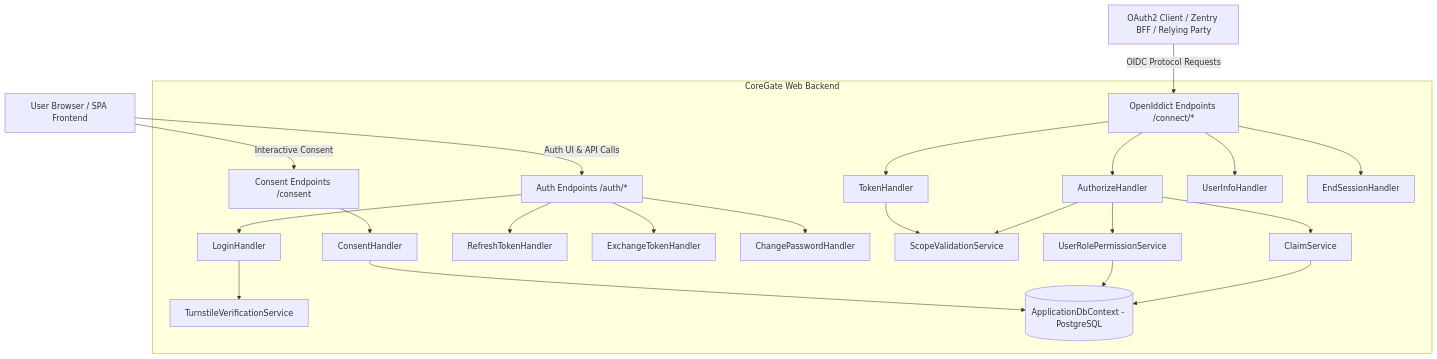
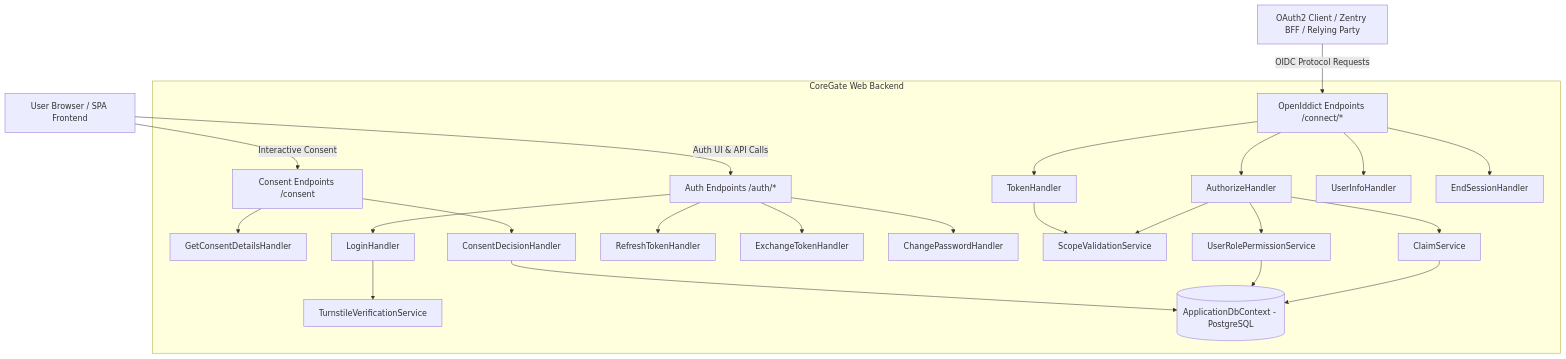
One commit to hao-du/OpenSaur changed the first of 2 diagrams in CoreGate/docs/project_architecture_and_understanding.md. Above: the diagram before and after it, drawn with Mermaid. The commit also changed other lines of this file and 24 other files, not shown here.

````diff
--- a/CoreGate/docs/project_architecture_and_understanding.md
+++ b/CoreGate/docs/project_architecture_and_understanding.md
@@ -29,30 +29,31 @@
 ```mermaid
 graph TD
     ClientApp[OAuth2 Client / Zentry BFF / Relying Party] -->|OIDC Protocol Requests| OidcEndpoints[OpenIddict Endpoints /connect/*]
     UserBrowser[User Browser / SPA Frontend] -->|Auth UI & API Calls| AuthEndpoints[Auth Endpoints /auth/*]
     UserBrowser -->|Interactive Consent| ConsentEndpoints[Consent Endpoints /consent]
     
     subgraph CoreGate Web Backend
         OidcEndpoints --> AuthorizeHandler[AuthorizeHandler]
         OidcEndpoints --> TokenHandler[TokenHandler]
         OidcEndpoints --> UserInfoHandler[UserInfoHandler]
         OidcEndpoints --> EndSessionHandler[EndSessionHandler]
 
-        ConsentEndpoints --> ConsentHandler[ConsentHandler]
+        ConsentEndpoints --> GetConsentDetailsHandler[GetConsentDetailsHandler]
+        ConsentEndpoints --> ConsentDecisionHandler[ConsentDecisionHandler]
 
         AuthEndpoints --> LoginHandler[LoginHandler]
         AuthEndpoints --> RefreshTokenHandler[RefreshTokenHandler]
         AuthEndpoints --> ExchangeTokenHandler[ExchangeTokenHandler]
         AuthEndpoints --> ChangePasswordHandler[ChangePasswordHandler]
 
         AuthorizeHandler --> ScopeValidationService[ScopeValidationService]
         TokenHandler --> ScopeValidationService
         AuthorizeHandler --> ClaimService[ClaimService]
         AuthorizeHandler --> UserRolePermissionService[UserRolePermissionService]
         LoginHandler --> TurnstileService[TurnstileVerificationService]
 
         ClaimService --> AppDbContext[(ApplicationDbContext - PostgreSQL)]
         UserRolePermissionService --> AppDbContext
-        ConsentHandler --> AppDbContext
+        ConsentDecisionHandler --> AppDbContext
     end
 ```
````
